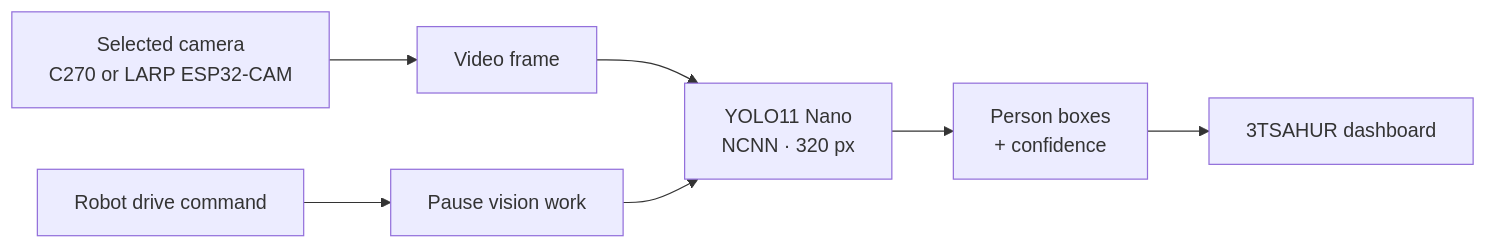
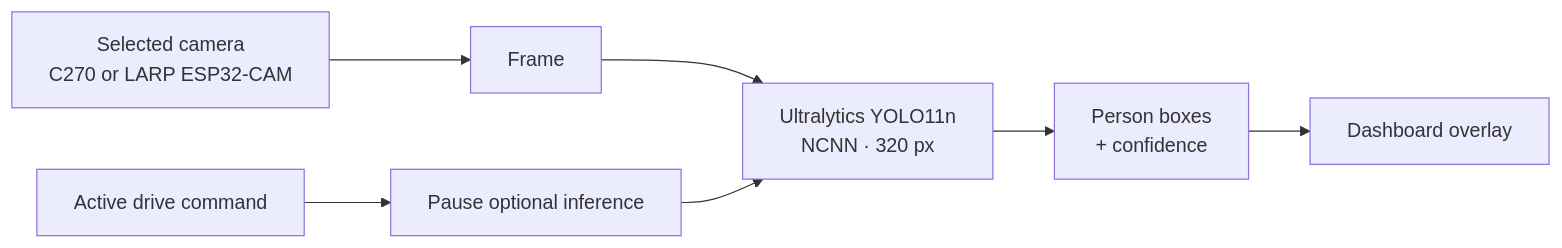
Before and after one commit to william-thompsonthe1st/STEM-Research-Academy: the seventh of 8 diagrams in README.md, drawn with Mermaid. The commit also changed other lines of this file, not shown here.

Commit message:
docs: archive research poster and refresh YOLO11n setup

````diff
--- a/README.md
+++ b/README.md
@@ -177,9 +178,9 @@
 ```mermaid
 flowchart LR
-    CAM["Selected camera<br/>C270 or LARP ESP32-CAM"] --> FRAME["Video frame"]
-    FRAME --> YOLO["YOLO11 Nano<br/>NCNN · 320 px"]
-    YOLO --> PERSON["Person boxes<br/>+ confidence"]
-    PERSON --> UI["3TSAHUR dashboard"]
-    DRIVE["Robot drive command"] --> PAUSE["Pause vision work"]
+    CAM["Selected camera<br/>C270 or LARP ESP32-CAM"] --> FRAME["Frame"]
+    FRAME --> YOLO["Ultralytics YOLO11n<br/>NCNN · 320 px"]
+    YOLO --> BOX["Person boxes<br/>+ confidence"]
+    BOX --> UI["Dashboard overlay"]
+    DRIVE["Active drive command"] --> PAUSE["Pause optional inference"]
     PAUSE --> YOLO
 ```
````
